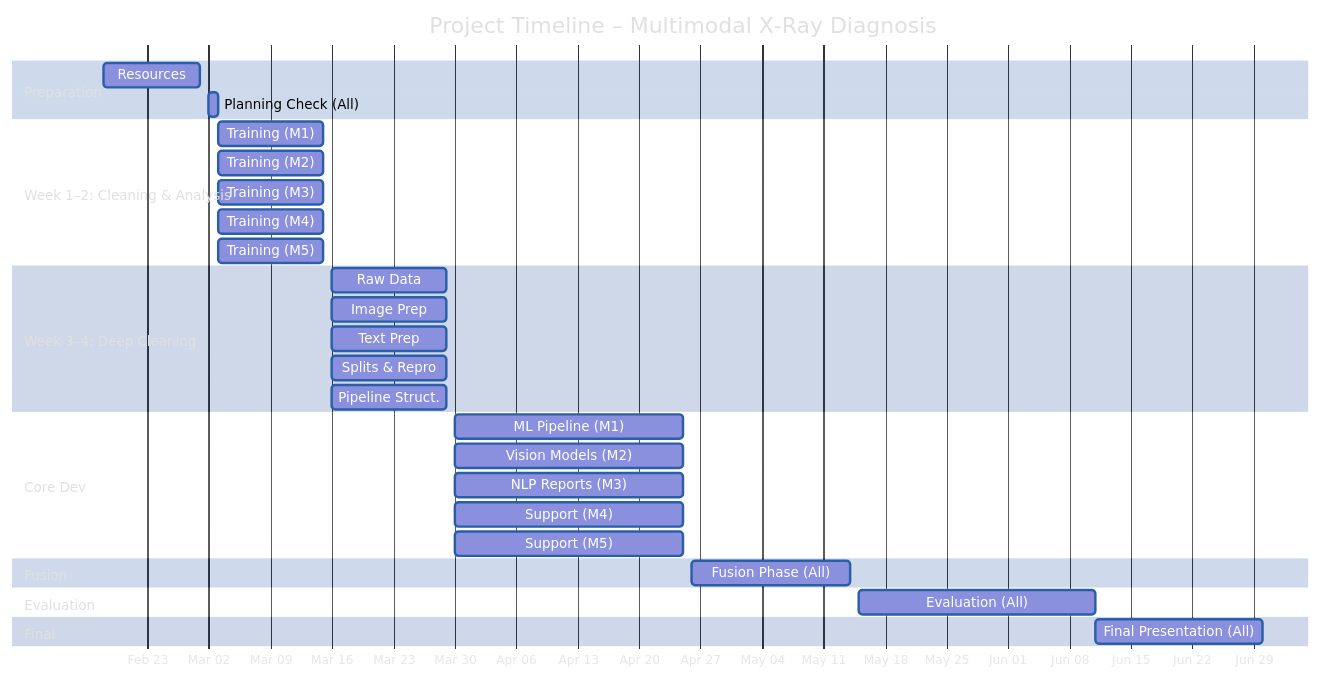
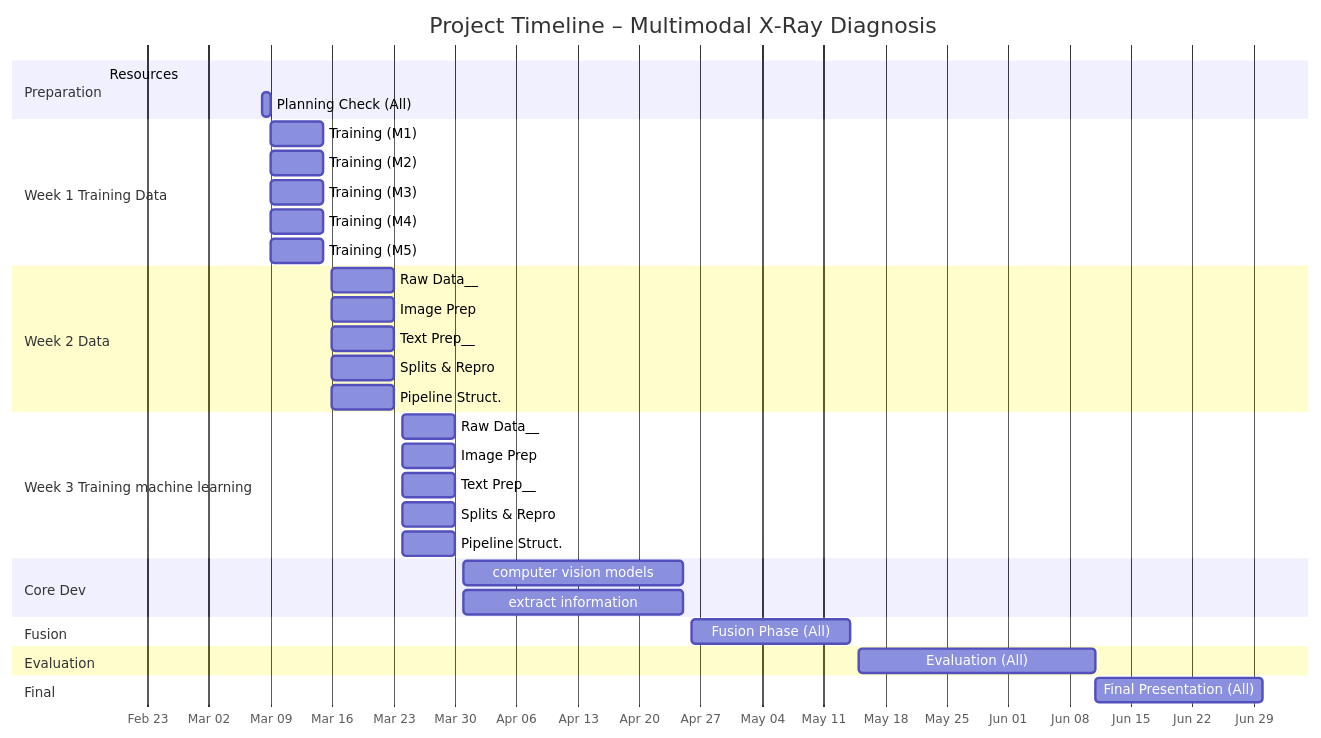
Before and after one commit to chaotiquetaurus/Open-i_chestxray_multimodal: the diagram in Diagramme_planning.md, drawn with Mermaid. The commit also changed other lines of this file, not shown here.

Commit message:
version du diagramme qui marche

````diff
--- a/Diagramme_planning.md
+++ b/Diagramme_planning.md
@@ -1,55 +1,46 @@
 ```mermaid
-%%{init: {
-    "theme": "default",
-    "themeVariables": {
-        "fontSize": "9px",
-        "fontFamily": "Inter",
-        "textColor": "#e0e0e0",
-        "taskTextColor": "#ffffff",
-        "taskColor": "#3a7bd5",
-        "taskBorderColor": "#2a5fa8",
-        "lineColor": "#90caf9",
-        "sectionBkgColor": "#0d47a1",
-        "sectionBkgColor2": "#0a3d91"
-    }
-}}%%
+
 
 gantt
     title Project Timeline – Multimodal X‑Ray Diagnosis
     dateFormat  YYYY-MM-DD
     axisFormat  %b %d
 
     section Preparation
-    Resources                 :a1, 2025-02-18, 2025-03-01
-    Planning Check (All)      :a2, 2025-03-02, 1d
+    Resources                 :a1, 2025-02-18, 2025-03-7
+    Planning Check (All)      :a2, 2025-03-08, 1d
 
-    section Week 1–2: Cleaning & Analysis
-    Training (M1)             :m1a, 2025-03-03, 2025-03-15
-    Training (M2)             :m2a, 2025-03-03, 2025-03-15
-    Training (M3)             :m3a, 2025-03-03, 2025-03-15
-    Training (M4)             :m4a, 2025-03-03, 2025-03-15
-    Training (M5)             :m5a, 2025-03-03, 2025-03-15
+    section Week 1 Training Data
+    Training (M1)             :m1a, 2025-03-09, 2025-03-15
+    Training (M2)             :m2a, 2025-03-09, 2025-03-15
+    Training (M3)             :m3a, 2025-03-09, 2025-03-15
+    Training (M4)             :m4a, 2025-03-09, 2025-03-15
+    Training (M5)             :m5a, 2025-03-09, 2025-03-15
 
-    section Week 3–4: Deep Cleaning
-    Raw Data                  :m1b, 2025-03-16, 2025-03-29
-    Image Prep                :m2b, 2025-03-16, 2025-03-29
-    Text Prep                 :m3b, 2025-03-16, 2025-03-29
-    Splits & Repro            :m4b, 2025-03-16, 2025-03-29
-    Pipeline Struct.          :m5b, 2025-03-16, 2025-03-29
+    section Week 2  Data
+    Raw Data__                  :m1b, 2025-03-16, 2025-03-23
+    Image Prep                :m2b, 2025-03-16, 2025-03-23
+    Text Prep__                   :m3b, 2025-03-16, 2025-03-23
+    Splits & Repro            :m4b, 2025-03-16, 2025-03-23
+    Pipeline Struct.          :m5b, 2025-03-16, 2025-03-23
+
+    section Week 3 Training machine learning
+    Raw Data__                  :m1b, 2025-03-24, 2025-03-30
+    Image Prep                :m2b, 2025-03-24, 2025-03-30
+    Text Prep__                :m3b, 2025-03-24, 2025-03-30
+    Splits & Repro            :m4b, 2025-03-24, 2025-03-30
+    Pipeline Struct.          :m5b, 2025-03-24, 2025-03-30
 
     section Core Dev
-    ML Pipeline (M1)          :m1c, 2025-03-30, 2025-04-25
-    Vision Models (M2)        :m2c, 2025-03-30, 2025-04-25
-    NLP Reports (M3)          :m3c, 2025-03-30, 2025-04-25
-    Support (M4)              :m4c, 2025-03-30, 2025-04-25
-    Support (M5)              :m5c, 2025-03-30, 2025-04-25
+    computer vision models         :m1c, 2025-03-31, 2025-04-25
+    extract information       :m2c, 2025-03-31, 2025-04-25
 
     section Fusion
     Fusion Phase (All)        :fusion, 2025-04-26, 2025-05-14
 
     section Evaluation
     Evaluation (All)          :eval, 2025-05-15, 2025-06-11
 
     section Final
     Final Presentation (All)  :present, 2025-06-11, 2025-06-30
 ```
````
